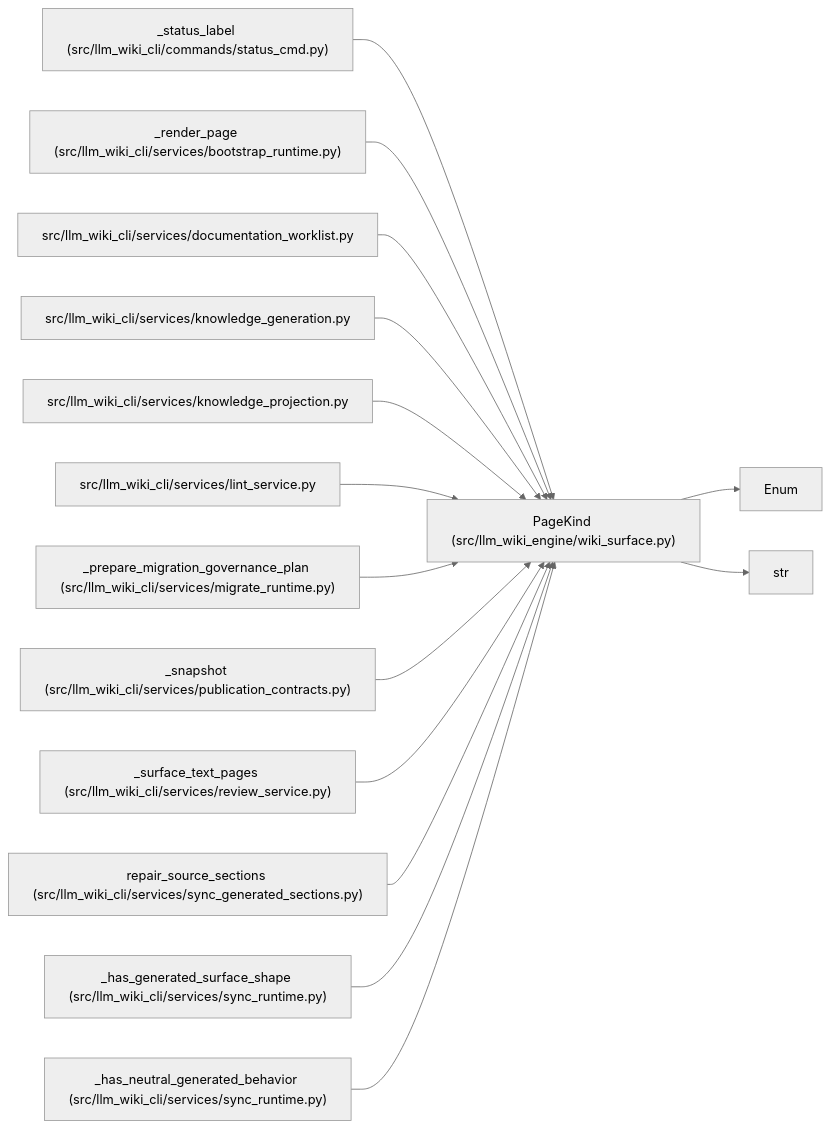
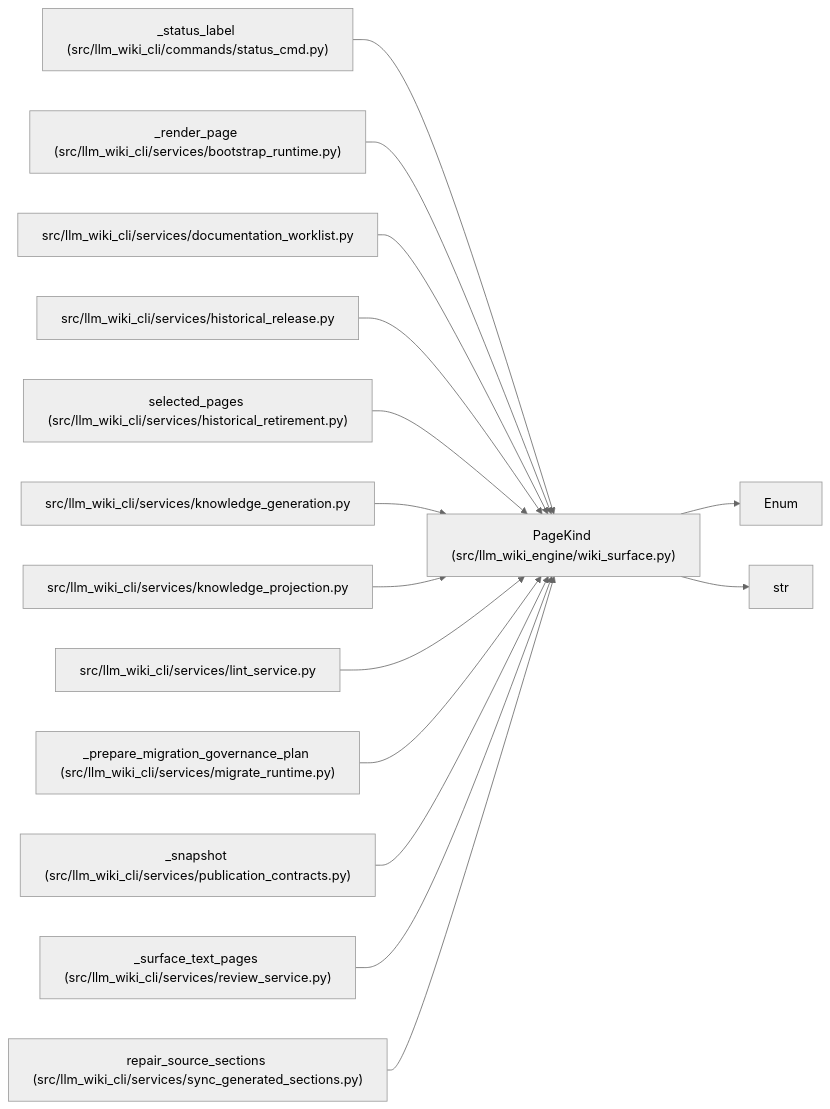
The diagram in docs/llm_wiki/entities/PageKind.md (Denissvgn/python-wiki-llm), drawn with Mermaid (neutral theme) before and after one commit. The commit also changed other lines of this file and 699 other files, not shown here.

````diff
--- a/docs/llm_wiki/entities/PageKind.md
+++ b/docs/llm_wiki/entities/PageKind.md
@@ -35,45 +35,45 @@
 ```mermaid
 flowchart LR
     n0["PageKind (src/llm_wiki_engine/wiki_surface.py)"]
     n1["Enum"]
     n2["str"]
     n3["_status_label (src/llm_wiki_cli/commands/status_cmd.py)"]
     n4["_render_page (src/llm_wiki_cli/services/bootstrap_runtime.py)"]
     n5["src/llm_wiki_cli/services/documentation_worklist.py"]
-    n6["src/llm_wiki_cli/services/knowledge_generation.py"]
-    n7["src/llm_wiki_cli/services/knowledge_projection.py"]
-    n8["src/llm_wiki_cli/services/lint_service.py"]
-    n9["_prepare_migration_governance_plan (src/llm_wiki_cli/services/migrate_runtime.py)"]
-    n10["_snapshot (src/llm_wiki_cli/services/publication_contracts.py)"]
-    n11["_surface_text_pages (src/llm_wiki_cli/services/review_service.py)"]
-    n12["repair_source_sections (src/llm_wiki_cli/services/sync_generated_sections.py)"]
-    n13["_has_generated_surface_shape (src/llm_wiki_cli/services/sync_runtime.py)"]
-    n14["_has_neutral_generated_behavior (src/llm_wiki_cli/services/sync_runtime.py)"]
+    n6["src/llm_wiki_cli/services/historical_release.py"]
+    n7["selected_pages (src/llm_wiki_cli/services/historical_retirement.py)"]
+    n8["src/llm_wiki_cli/services/knowledge_generation.py"]
+    n9["src/llm_wiki_cli/services/knowledge_projection.py"]
+    n10["src/llm_wiki_cli/services/lint_service.py"]
+    n11["_prepare_migration_governance_plan (src/llm_wiki_cli/services/migrate_runtime.py)"]
+    n12["_snapshot (src/llm_wiki_cli/services/publication_contracts.py)"]
+    n13["_surface_text_pages (src/llm_wiki_cli/services/review_service.py)"]
+    n14["repair_source_sections (src/llm_wiki_cli/services/sync_generated_sections.py)"]
     n0 --> n1
     n0 --> n2
     n3 --> n0
     n4 --> n0
     n5 --> n0
     n6 --> n0
     n7 --> n0
     n8 --> n0
     n9 --> n0
     n10 --> n0
     n11 --> n0
     n12 --> n0
     n13 --> n0
     n14 --> n0
     click n0 "../modules/wiki_surface.md"
     click n3 "../modules/status_cmd.md"
     click n4 "../modules/bootstrap_runtime.md"
     click n5 "../modules/documentation_worklist.md"
-    click n6 "../modules/knowledge_generation.md"
-    click n7 "../modules/knowledge_projection.md"
-    click n8 "../modules/lint_service.md"
-    click n9 "../modules/migrate_runtime.md"
-    click n10 "../modules/publication_contracts.md"
-    click n11 "../modules/review_service.md"
-    click n12 "../modules/sync_generated_sections.md"
-    click n13 "../modules/sync_runtime.md"
-    click n14 "../modules/sync_runtime.md"
+    click n6 "../modules/historical_release.md"
+    click n7 "../modules/historical_retirement.md"
+    click n8 "../modules/knowledge_generation.md"
+    click n9 "../modules/knowledge_projection.md"
+    click n10 "../modules/lint_service.md"
+    click n11 "../modules/migrate_runtime.md"
+    click n12 "../modules/publication_contracts.md"
+    click n13 "../modules/review_service.md"
+    click n14 "../modules/sync_generated_sections.md"
 ```
````
